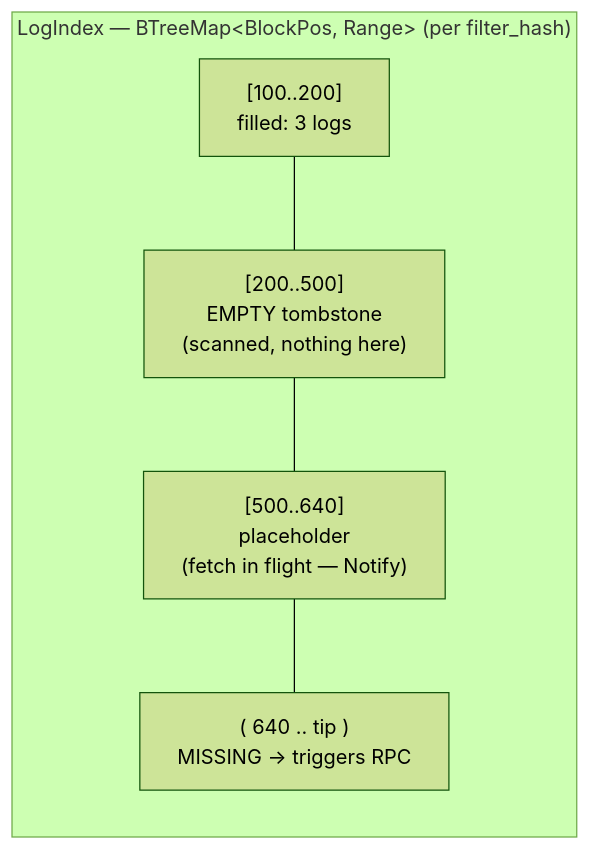
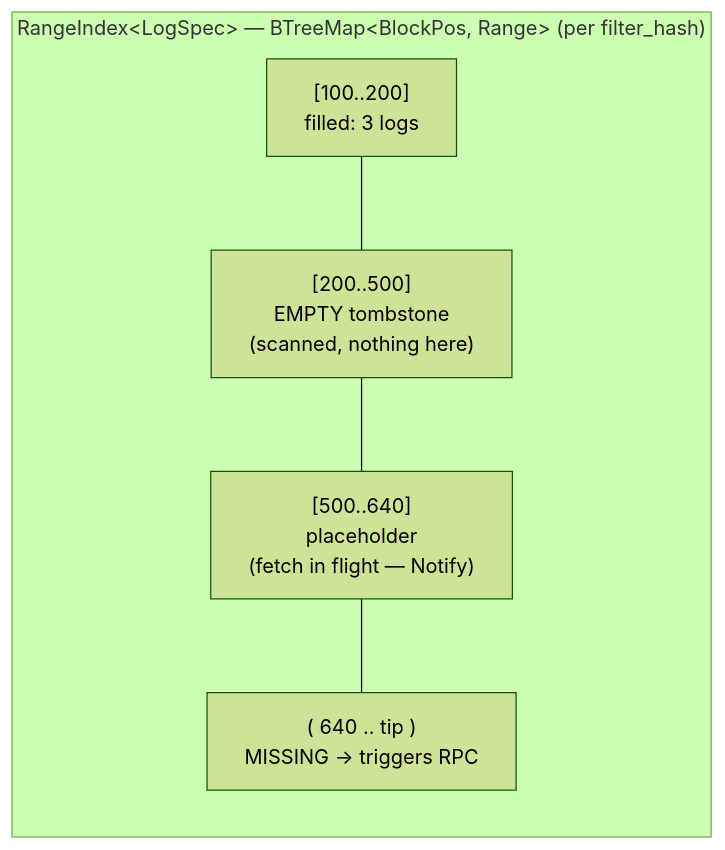
One commit to nikicat/chainfold changed the sixth of 12 diagrams in docs/ARCHITECTURE.md. Above: the diagram before and after it, drawn with Mermaid (forest theme). The commit also changed other lines of this file and 2 other files, not shown here.

First line of the commit message:
docs: align ARCHITECTURE.md + refactor.md + TODO.md with shipped R3

````diff
--- a/docs/ARCHITECTURE.md
+++ b/docs/ARCHITECTURE.md
@@ -705,10 +740,10 @@
 ```mermaid
 flowchart LR
-    subgraph LogIndex["LogIndex — BTreeMap&lt;BlockPos, Range&gt; (per filter_hash)"]
+    subgraph RangeIndex["RangeIndex&lt;LogSpec&gt; — BTreeMap&lt;BlockPos, Range&gt; (per filter_hash)"]
         R1["[100..200]<br/>filled: 3 logs"]
         R2["[200..500]<br/>EMPTY tombstone<br/>(scanned, nothing here)"]
         R3["[500..640]<br/>placeholder<br/>(fetch in flight — Notify)"]
         GAP["( 640 .. tip )<br/>MISSING → triggers RPC"]
     end
     R1 --- R2 --- R3 --- GAP
 ```
````
